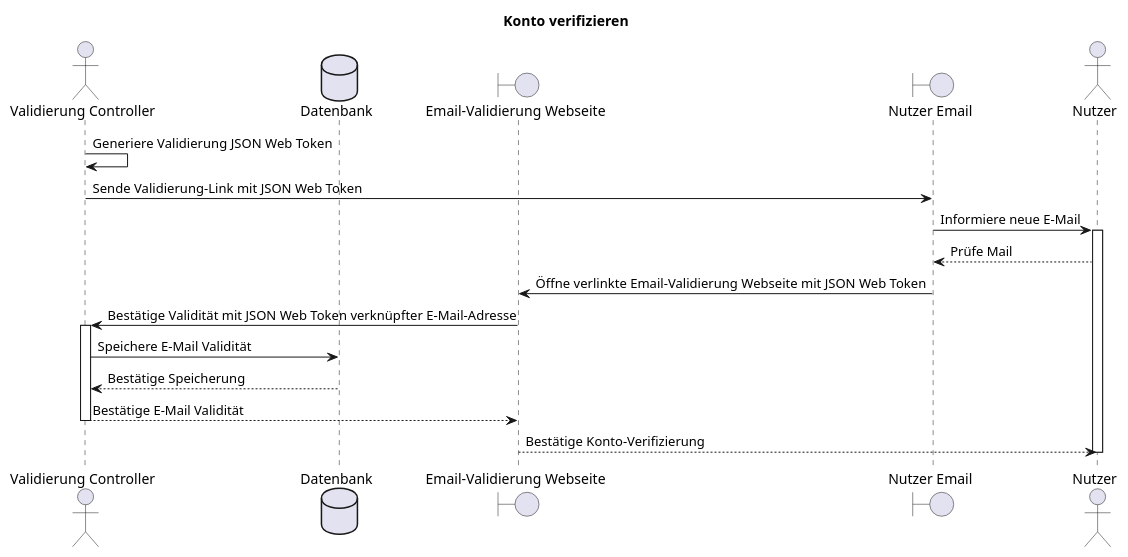
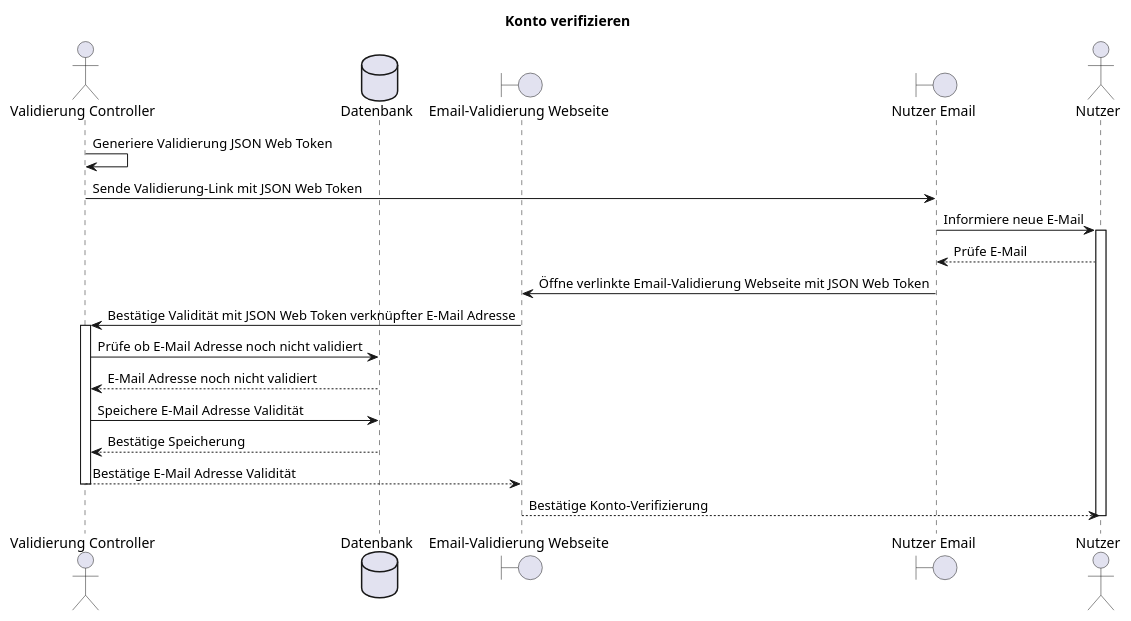
The diagram in doc/F014_kontoVerifizieren.plantuml (party-time-2/party-time), drawn with PlantUML before and after one commit. The commit also changed 1 other file, not shown here.

```diff
--- a/doc/F014_kontoVerifizieren.plantuml
+++ b/doc/F014_kontoVerifizieren.plantuml
@@ -1,29 +1,31 @@
 @startuml F014_kontoVerifizieren
 title "Konto verifizieren"
 
 actor "Validierung Controller" as controller
 database "Datenbank" as db
 boundary "Email-Validierung Webseite" as signupConfirm
 boundary "Nutzer Email" as userMail
 actor "Nutzer" as user
 
 
-'E-Mail Validierung
+'E-Mail Adresse Validierung
 controller -> controller: Generiere Validierung JSON Web Token
 userMail <- controller: Sende Validierung-Link mit JSON Web Token
 deactivate controller
 
 userMail -> user: Informiere neue E-Mail
 activate user
-userMail <-- user: Prüfe Mail
+userMail <-- user: Prüfe E-Mail
 userMail -> signupConfirm: Öffne verlinkte Email-Validierung Webseite mit JSON Web Token
-signupConfirm -> controller: Bestätige Validität mit JSON Web Token verknüpfter E-Mail-Adresse
+signupConfirm -> controller: Bestätige Validität mit JSON Web Token verknüpfter E-Mail Adresse
 activate controller
-controller -> db: Speichere E-Mail Validität
+controller -> db: Prüfe ob E-Mail Adresse noch nicht validiert
+controller <-- db: E-Mail Adresse noch nicht validiert
+controller -> db: Speichere E-Mail Adresse Validität
 controller <-- db: Bestätige Speicherung
-signupConfirm <-- controller: Bestätige E-Mail Validität
+signupConfirm <-- controller: Bestätige E-Mail Adresse Validität
 deactivate controller
 
 user <-- signupConfirm: Bestätige Konto-Verifizierung
 deactivate user
 @enduml
```
